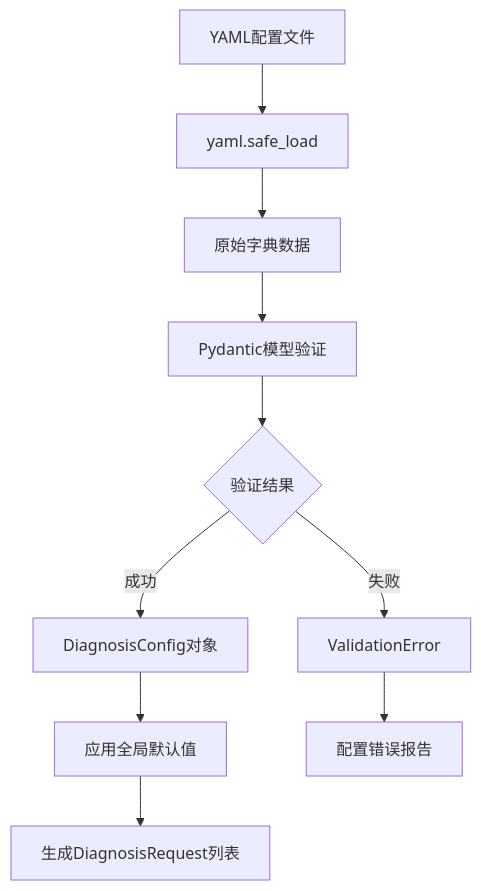
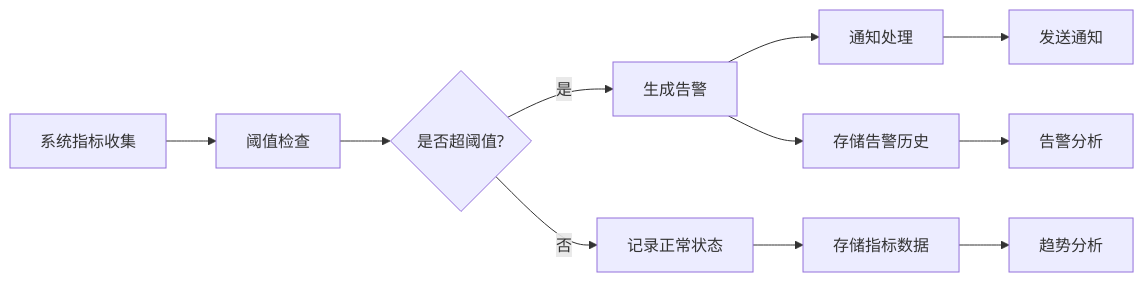
One commit to Matthewyin/probing changed the fifth of 7 diagrams in network-diagnosis/doc/ARCHITECTURE.md. Above: the diagram before and after it, drawn with Mermaid. The commit also changed other lines of this file and 7 other files, not shown here.

````diff
--- a/network-diagnosis/doc/ARCHITECTURE.md
+++ b/network-diagnosis/doc/ARCHITECTURE.md
@@ -539,12 +386,13 @@
 ```mermaid
-flowchart TD
-    A[YAML配置文件] --> B[yaml.safe_load]
-    B --> C[原始字典数据]
-    C --> D[Pydantic模型验证]
-    D --> E{验证结果}
-    E -->|成功| F[DiagnosisConfig对象]
-    E -->|失败| G[ValidationError]
-    F --> H[应用全局默认值]
-    H --> I[生成DiagnosisRequest列表]
-    G --> J[配置错误报告]
+flowchart LR
+    A[系统指标收集] --> B[阈值检查]
+    B --> C{是否超阈值?}
+    C -->|是| D[生成告警]
+    C -->|否| E[记录正常状态]
+    D --> F[通知处理]
+    D --> G[存储告警历史]
+    E --> H[存储指标数据]
+    F --> I[发送通知]
+    G --> J[告警分析]
+    H --> K[趋势分析]
 ```
````
